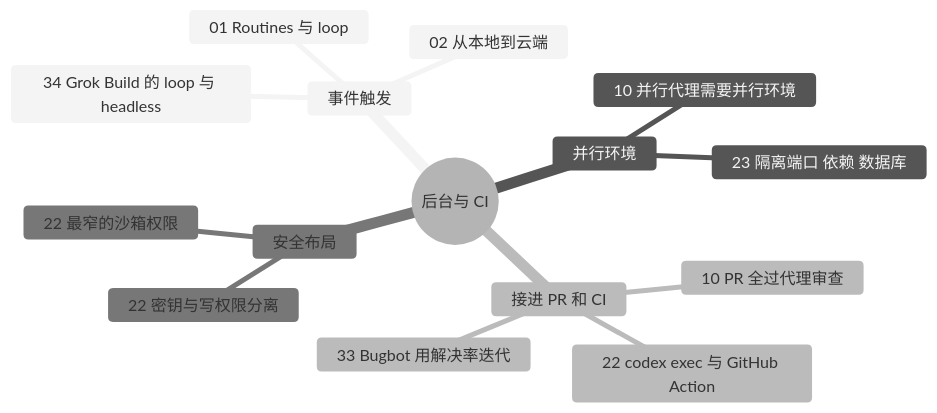
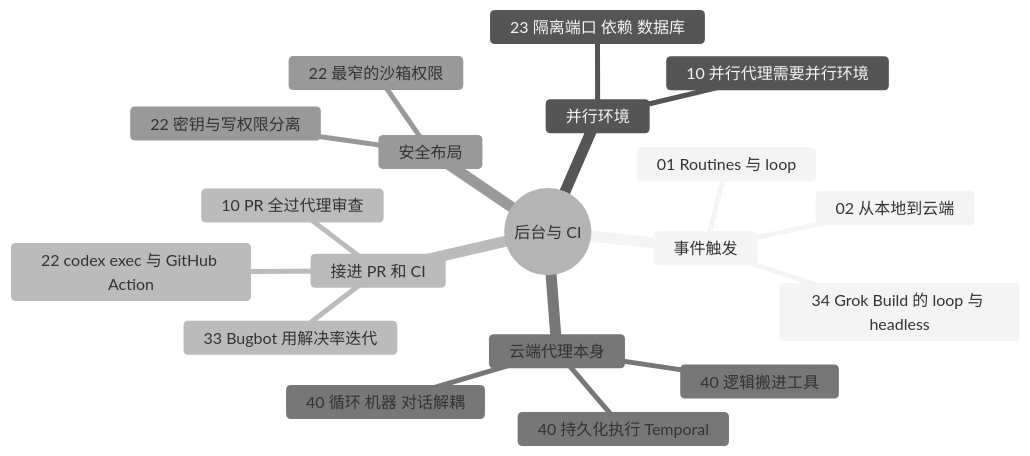
The diagram in docs/guide/automation.md (yzw7489757/ai-coding-videos), drawn with Mermaid (neutral theme) before and after one commit. The commit also changed other lines of this file and 20 other files, not shown here.

````diff
--- a/docs/guide/automation.md
+++ b/docs/guide/automation.md
@@ -13,18 +13,22 @@
 ```mermaid
 mindmap
   root((后台与 CI))
     事件触发
       01 Routines 与 loop
       02 从本地到云端
       34 Grok Build 的 loop 与 headless
     并行环境
       10 并行代理需要并行环境
       23 隔离端口 依赖 数据库
     接进 PR 和 CI
       10 PR 全过代理审查
       22 codex exec 与 GitHub Action
       33 Bugbot 用解决率迭代
+    云端代理本身
+      40 持久化执行 Temporal
+      40 循环 机器 对话解耦
+      40 逻辑搬进工具
     安全布局
       22 密钥与写权限分离
       22 最窄的沙箱权限
 ```
````
